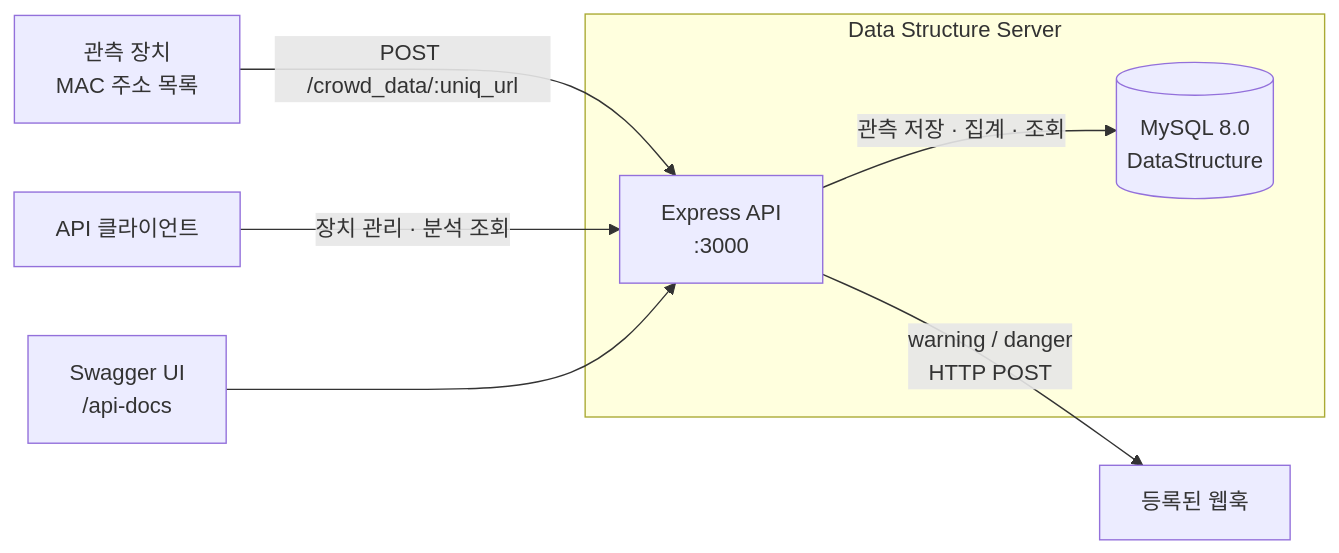
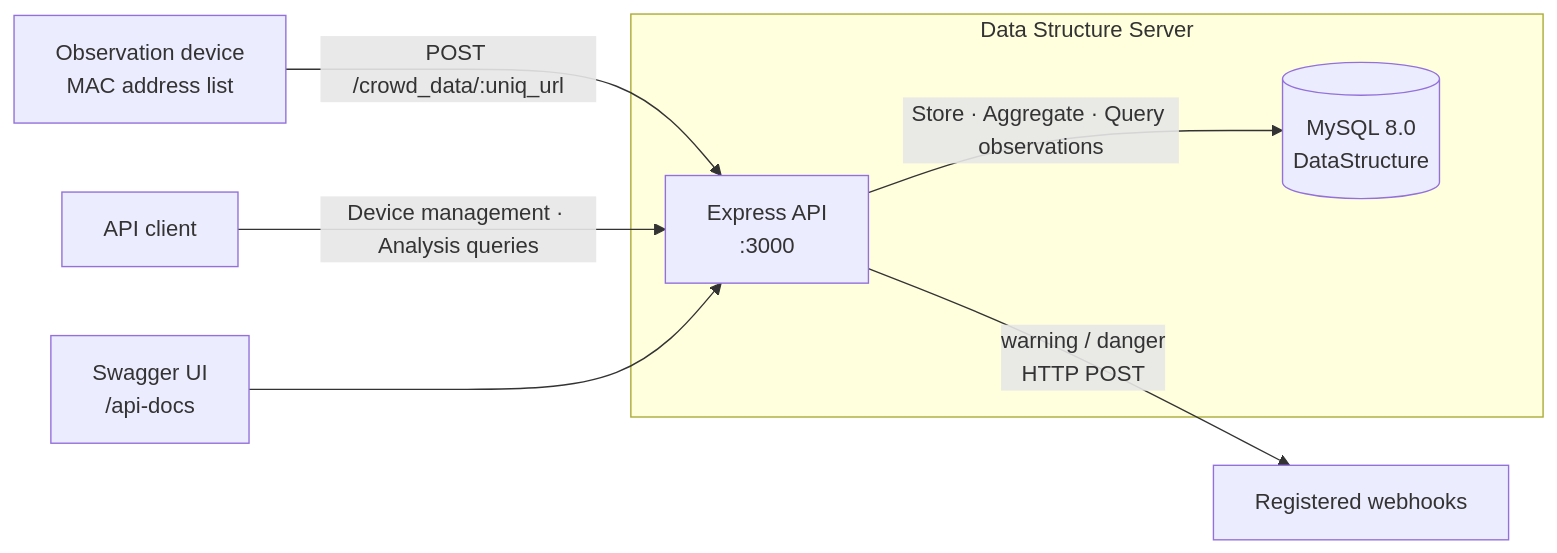
One commit to kimrasng/data_structure_server changed the diagram in README.md. Above: the diagram before and after it, drawn with Mermaid. The commit also changed other lines of this file and 1 other file, not shown here.

````diff
--- a/README.md
+++ b/README.md
@@ -39,12 +41,12 @@
 ```mermaid
 flowchart LR
-    Sensor["관측 장치<br/>MAC 주소 목록"] -->|"POST /crowd_data/:uniq_url"| API
-    Client["API 클라이언트"] -->|"장치 관리 · 분석 조회"| API
+    Sensor["Observation device<br/>MAC address list"] -->|"POST /crowd_data/:uniq_url"| API
+    Client["API client"] -->|"Device management · Analysis queries"| API
     subgraph Server["Data Structure Server"]
         API["Express API<br/>:3000"]
         DB[("MySQL 8.0<br/>DataStructure")]
-        API -->|"관측 저장 · 집계 · 조회"| DB
+        API -->|"Store · Aggregate · Query observations"| DB
     end
-    API -->|"warning / danger<br/>HTTP POST"| Webhook["등록된 웹훅"]
+    API -->|"warning / danger<br/>HTTP POST"| Webhook["Registered webhooks"]
     Docs["Swagger UI<br/>/api-docs"] --> API
 ```
````
